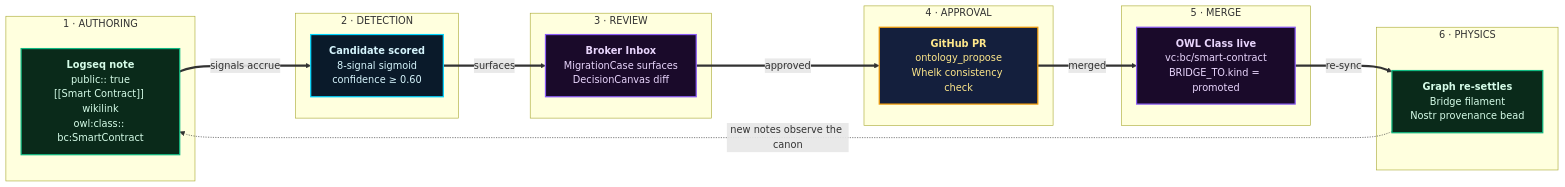
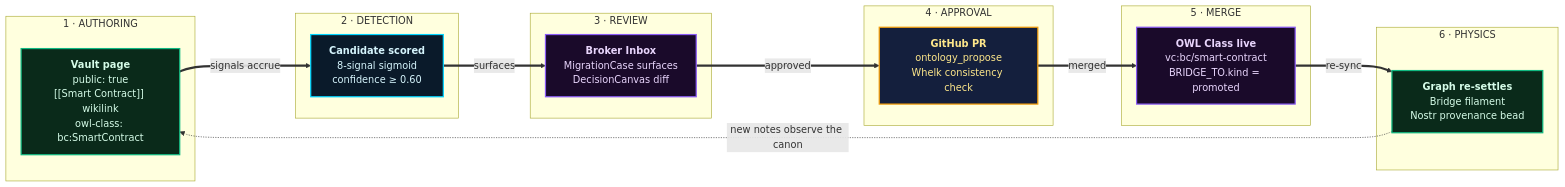
The diagram in docs/assets/diagrams/06-migration-event.mmd (DreamLab-AI/AR-AI-Knowledge-Graph), drawn with Mermaid before and after one commit. The commit also changed 35 other files, not shown here.

First line of the commit message:
docs: describe the Obsidian-vault corpus across living docs (Logseq → vault sweep)

```diff
--- a/docs/assets/diagrams/06-migration-event.mmd
+++ b/docs/assets/diagrams/06-migration-event.mmd
@@ -1,38 +1,38 @@
 flowchart LR
     subgraph AUTHOR["  1 · AUTHORING  "]
-        NOTE["<b>Logseq note</b><br/>public:: true<br/>[[Smart Contract]] wikilink<br/>owl:class:: bc:SmartContract"]:::kg
+        NOTE["<b>Vault page</b><br/>public: true<br/>[[Smart Contract]] wikilink<br/>owl-class: bc:SmartContract"]:::kg
     end
 
     subgraph DETECT["  2 · DETECTION  "]
         SCORE["<b>Candidate scored</b><br/>8-signal sigmoid<br/>confidence ≥ 0.60"]:::detect
     end
 
     subgraph BROKER["  3 · REVIEW  "]
         INBOX["<b>Broker Inbox</b><br/>MigrationCase surfaces<br/>DecisionCanvas diff"]:::review
     end
 
     subgraph APPROVE["  4 · APPROVAL  "]
         PR["<b>GitHub PR</b><br/>ontology_propose<br/>Whelk consistency check"]:::approve
     end
 
     subgraph MERGE["  5 · MERGE  "]
         CLASS["<b>OWL Class live</b><br/>vc:bc/smart-contract<br/>BRIDGE_TO.kind = promoted"]:::merged
     end
 
     subgraph PHYSICS["  6 · PHYSICS  "]
         VIZ["<b>Graph re-settles</b><br/>Bridge filament<br/>Nostr provenance bead"]:::physics
     end
 
     NOTE ==>|"signals accrue"| SCORE
     SCORE ==>|"surfaces"| INBOX
     INBOX ==>|"approved"| PR
     PR ==>|"merged"| CLASS
     CLASS ==>|"re-sync"| VIZ
     VIZ -.->|"new notes observe the canon"| NOTE
 
     classDef kg fill:#0A2A1A,stroke:#10B981,stroke-width:2px,color:#D5FCE8
     classDef detect fill:#0A1A2A,stroke:#00D4FF,stroke-width:2px,color:#D5F4FC
     classDef review fill:#1A0A2A,stroke:#8B5CF6,stroke-width:2px,color:#E8D5FC
     classDef approve fill:#141F3D,stroke:#F59E0B,stroke-width:2px,color:#FDE68A
     classDef merged fill:#1A0A2A,stroke:#8B5CF6,stroke-width:2px,color:#E8D5FC
     classDef physics fill:#0A2A1A,stroke:#10B981,stroke-width:2px,color:#D5FCE8
```
